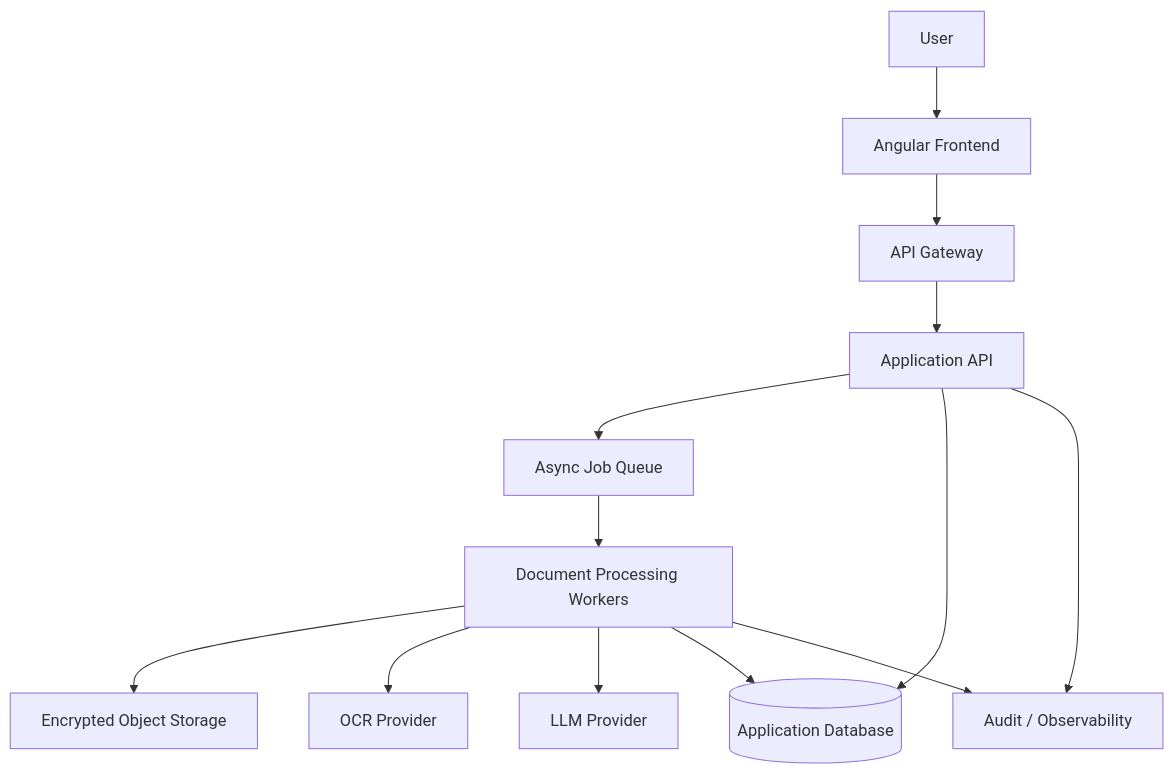
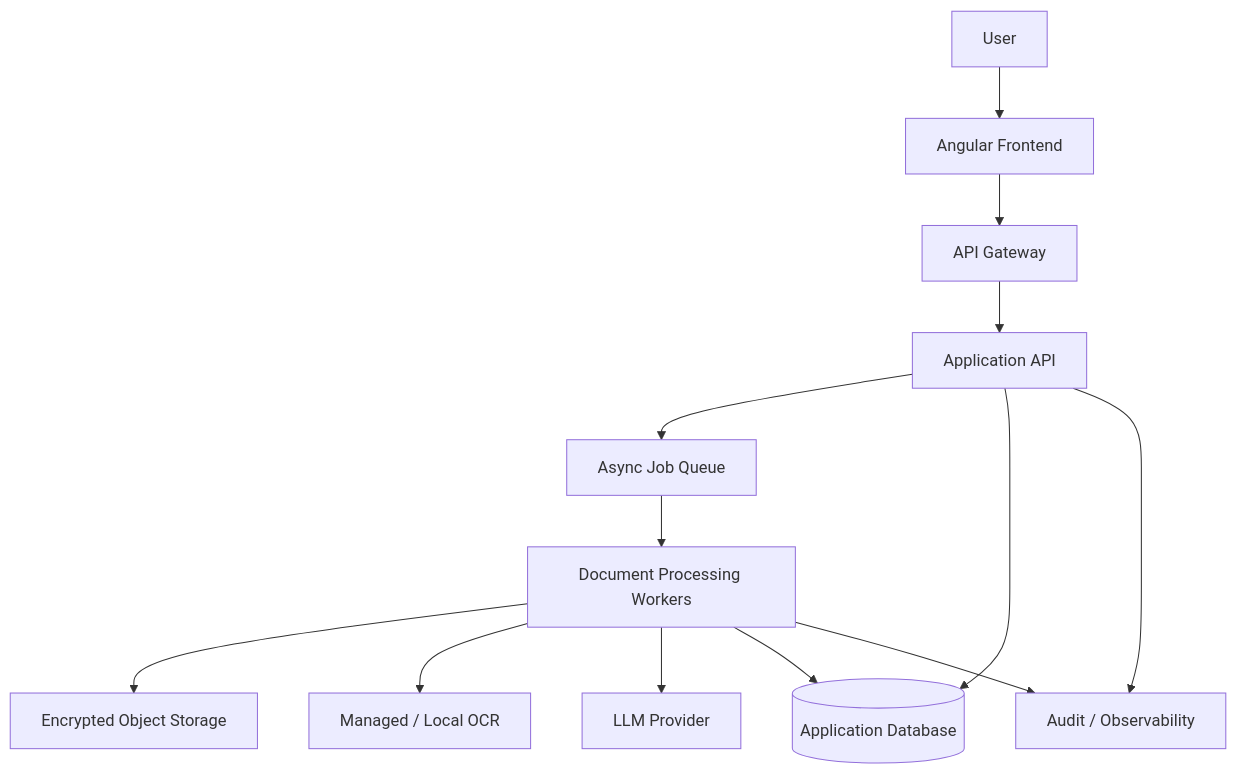
Before and after one commit to SAHILDAS/financial-document-analyzer: the seventh of 8 diagrams in ARCHITECTURE.md, drawn with Mermaid. The commit also changed other lines of this file and 5 other files, not shown here.

````diff
--- a/ARCHITECTURE.md
+++ b/ARCHITECTURE.md
@@ -1986,43 +2608,30 @@
 ```mermaid
 flowchart TD
-
     USER[User]
-
+    FRONTEND[Angular Frontend]
     GATEWAY[API Gateway]
-
-    FRONTEND[Angular Frontend]
-
     API[Application API]
-
     QUEUE[Async Job Queue]
-
     WORKER[Document Processing Workers]
-
     OBJECT[Encrypted Object Storage]
-
     DB[(Application Database)]
-
-    OCR[OCR Provider]
-
+    OCR[Managed / Local OCR]
     LLM[LLM Provider]
-
     AUDIT[Audit / Observability]
 
     USER --> FRONTEND
     FRONTEND --> GATEWAY
+    GATEWAY --> API
 
-    GATEWAY --> API
     API --> QUEUE
-
     QUEUE --> WORKER
 
     WORKER --> OBJECT
     WORKER --> OCR
     WORKER --> LLM
     WORKER --> DB
 
     API --> DB
-
     API --> AUDIT
     WORKER --> AUDIT
 ```
````
